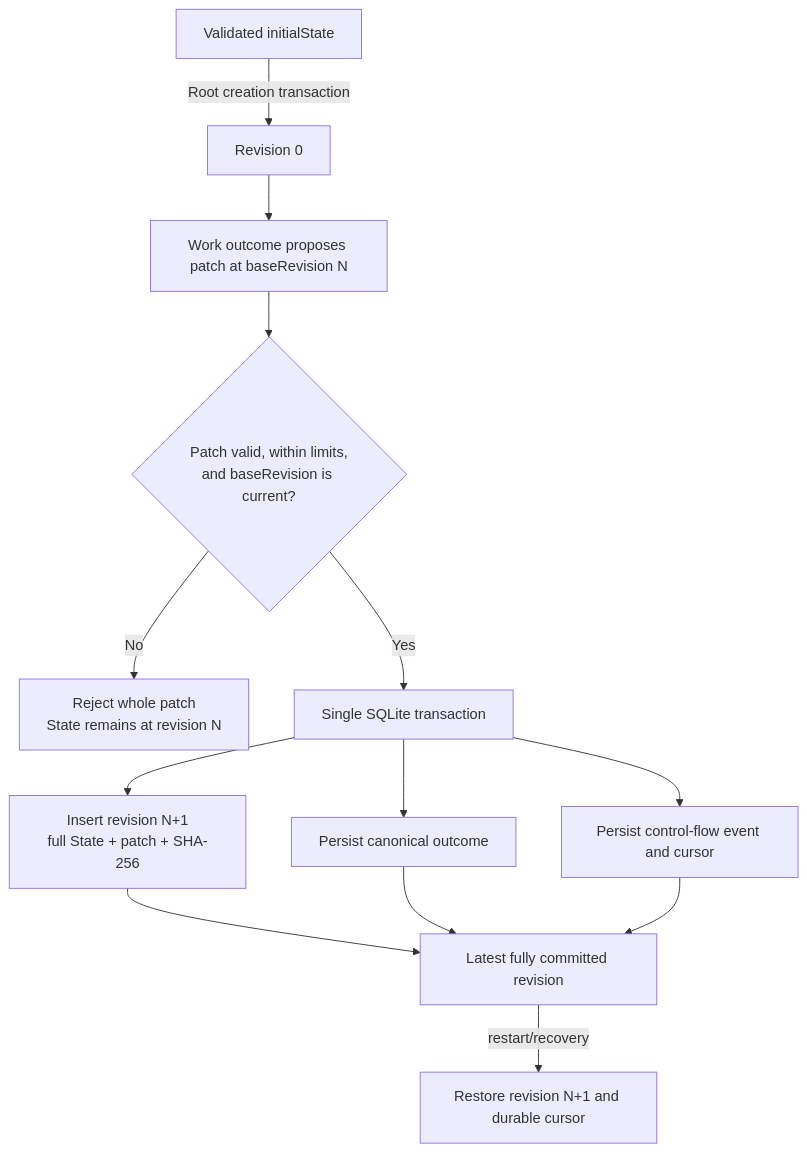
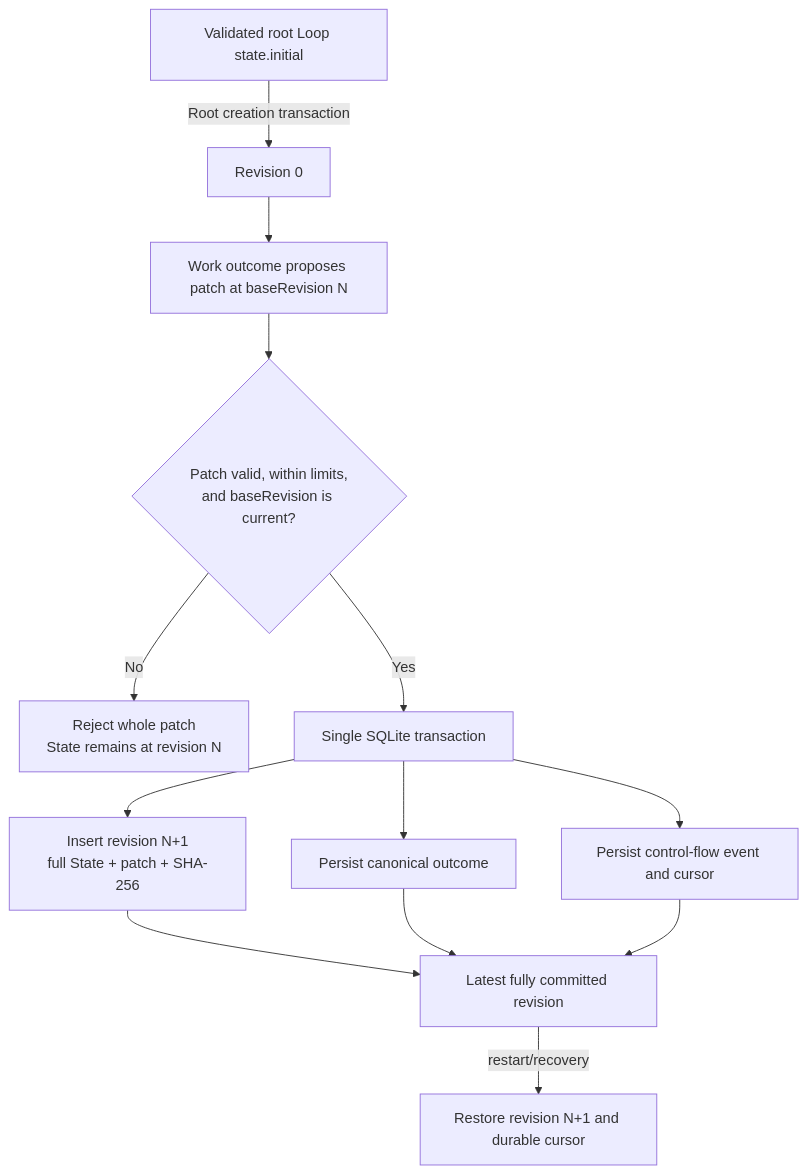
Before and after one commit to isinisalo/ballet: the third of 3 diagrams in .ballet/adr/adr-015-work-loop-state-ja-loop-orchestrator.md, drawn with Mermaid. The commit also changed other lines of this file and 113 other files, not shown here.

````diff
--- a/.ballet/adr/adr-015-work-loop-state-ja-loop-orchestrator.md
+++ b/.ballet/adr/adr-015-work-loop-state-ja-loop-orchestrator.md
@@ -288,15 +288,15 @@
 ```mermaid
 flowchart TD
-  I["Validated initialState"] -->|"Root creation transaction"| R0["Revision 0"]
+  I["Validated root Loop state.initial"] -->|"Root creation transaction"| R0["Revision 0"]
   R0 --> O["Work outcome proposes patch at baseRevision N"]
   O --> A{"Patch valid, within limits,<br/>and baseRevision is current?"}
   A -->|"No"| E["Reject whole patch<br/>State remains at revision N"]
   A -->|"Yes"| T["Single SQLite transaction"]
   T --> RN["Insert revision N+1<br/>full State + patch + SHA-256"]
   T --> P["Persist canonical outcome"]
   T --> C["Persist control-flow event and cursor"]
   RN --> L["Latest fully committed revision"]
   P --> L
   C --> L
   L -->|"restart/recovery"| S["Restore revision N+1 and durable cursor"]
 ```
````
